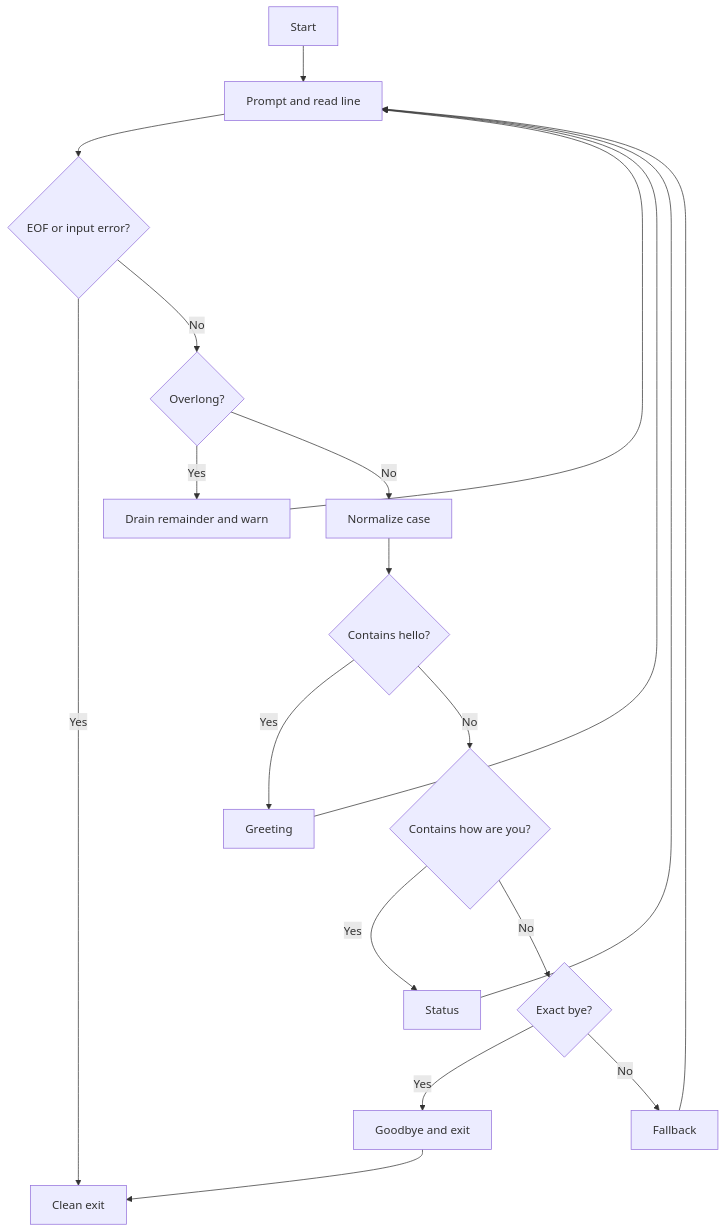
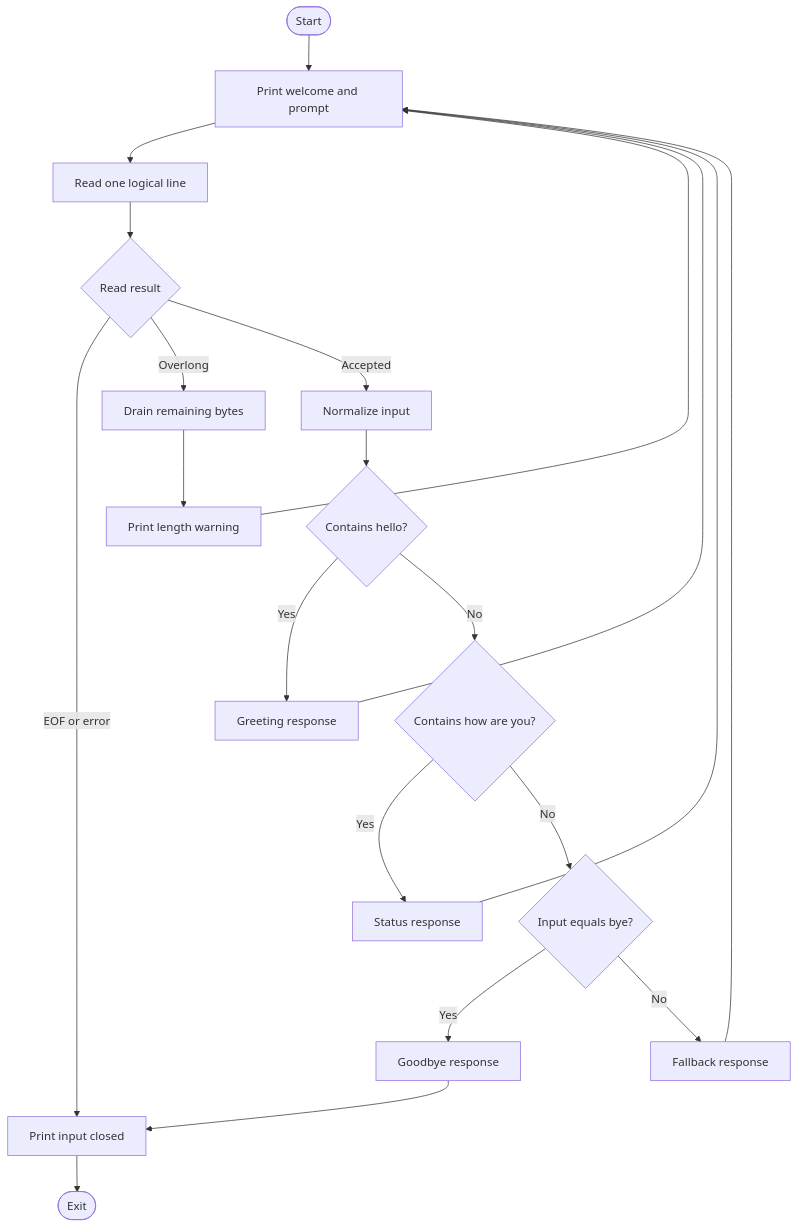
The first of 3 diagrams in README.md (Brajesh31/chatbot-C-), drawn with Mermaid before and after one commit. The commit also changed other lines of this file, not shown here.

```diff
--- a/README.md
+++ b/README.md
@@ -109,21 +177,23 @@
 ~~~mermaid
 flowchart TD
- A[Start] --> B[Prompt and read line]
- B --> C{EOF or input error?}
- C -->|Yes| D[Clean exit]
- C -->|No| E{Overlong?}
- E -->|Yes| F[Drain remainder and warn]
- F --> B
- E -->|No| G[Normalize case]
- G --> H{Contains hello?}
- H -->|Yes| I[Greeting]
- H -->|No| J{Contains how are you?}
- J -->|Yes| K[Status]
- J -->|No| L{Exact bye?}
- L -->|Yes| M[Goodbye and exit]
- L -->|No| N[Fallback]
- I --> B
- K --> B
- N --> B
- M --> D
+    A([Start]) --> B[Print welcome and prompt]
+    B --> C[Read one logical line]
+    C --> D{Read result}
+    D -->|EOF or error| X[Print input closed]
+    D -->|Overlong| E[Drain remaining bytes]
+    E --> F[Print length warning]
+    F --> B
+    D -->|Accepted| G[Normalize input]
+    G --> H{Contains hello?}
+    H -->|Yes| I[Greeting response]
+    H -->|No| J{Contains how are you?}
+    J -->|Yes| K[Status response]
+    J -->|No| L{Input equals bye?}
+    L -->|Yes| M[Goodbye response]
+    L -->|No| N[Fallback response]
+    I --> B
+    K --> B
+    N --> B
+    M --> X
+    X --> Z([Exit])
 ~~~
```
